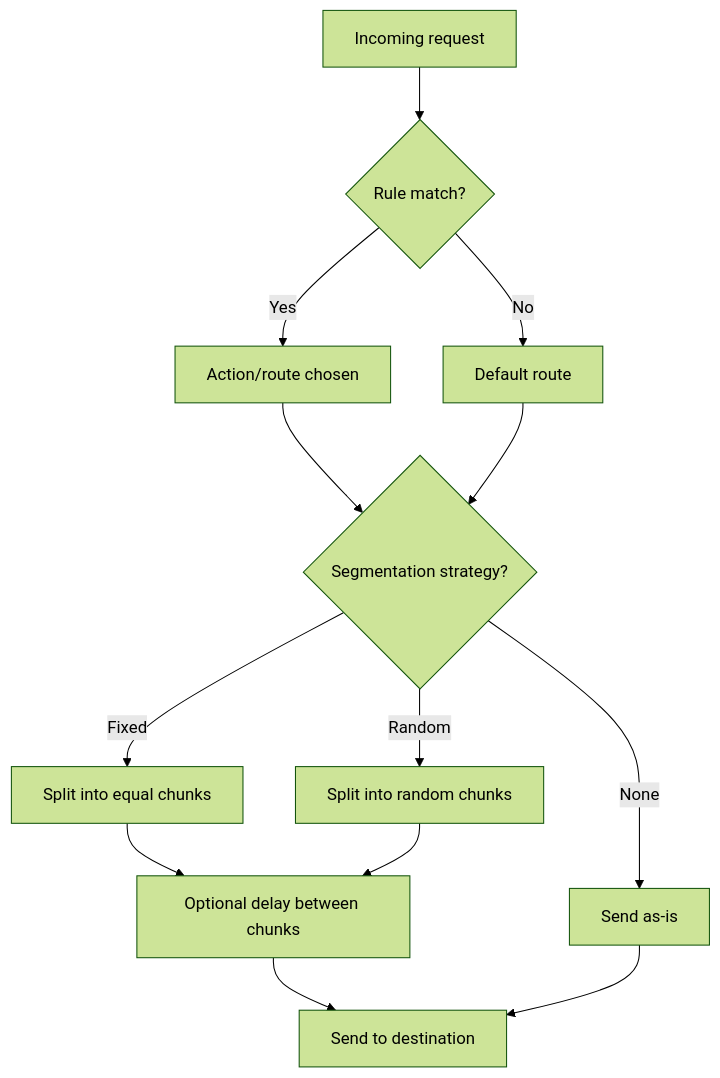
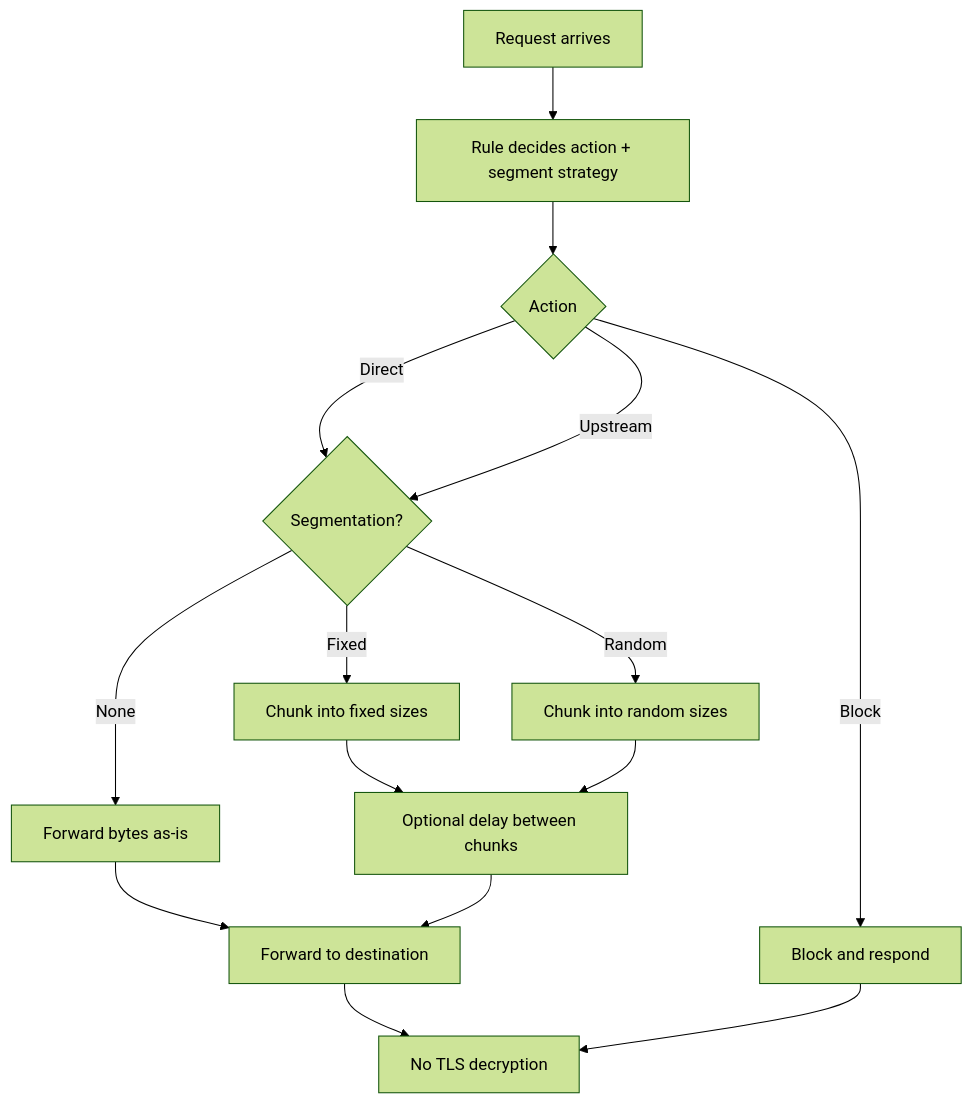
Before and after one commit to amirpooyan-r/segmented-proxy: the first of 2 diagrams in docs/SEGMENTATION.md, drawn with Mermaid (forest theme). The commit also changed other lines of this file and 2 other files, not shown here.

Commit message:
docs(mermaid): fix diagram syntax
- Fix Mermaid syntax errors in HTTP vs HTTPS

- Fix Mermaid syntax errors in How a Proxy Works pages

- Fix Mermaid syntax errors in Segmentation

- Verify all docs render correctly with mkdocs-material and Mermaid

````diff
--- a/docs/SEGMENTATION.md
+++ b/docs/SEGMENTATION.md
@@ -12,15 +12,17 @@
 ```mermaid
 flowchart TD
-    A[Incoming request] --> B{Rule match?}
-    B -- No --> C[Default route]
-    B -- Yes --> D[Action/route chosen]
-    D --> E{Segmentation strategy?}
-    C --> E
-    E -- None --> F[Send as-is]
-    E -- Fixed --> G[Split into equal chunks]
-    E -- Random --> H[Split into random chunks]
+    A[Request arrives] --> B[Rule decides action + segment strategy]
+    B --> C{Action}
+    C -->|Direct| D{Segmentation?}
+    C -->|Upstream| D
+    C -->|Block| E[Block and respond]
+    D -->|None| F[Forward bytes as-is]
+    D -->|Fixed| G[Chunk into fixed sizes]
+    D -->|Random| H[Chunk into random sizes]
     G --> I[Optional delay between chunks]
     H --> I
-    I --> J[Send to destination]
-    F --> J
+    F --> J[Forward to destination]
+    I --> J
+    J --> K[No TLS decryption]
+    E --> K
 ```
````
